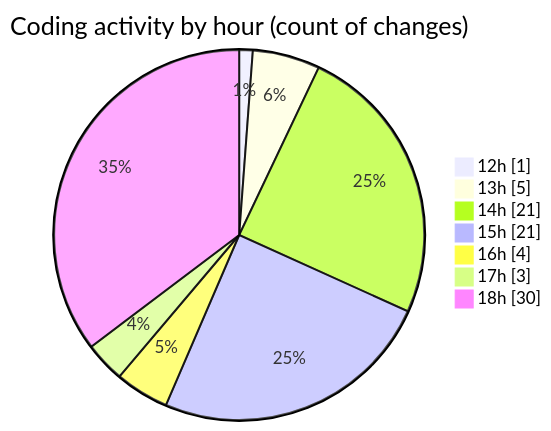
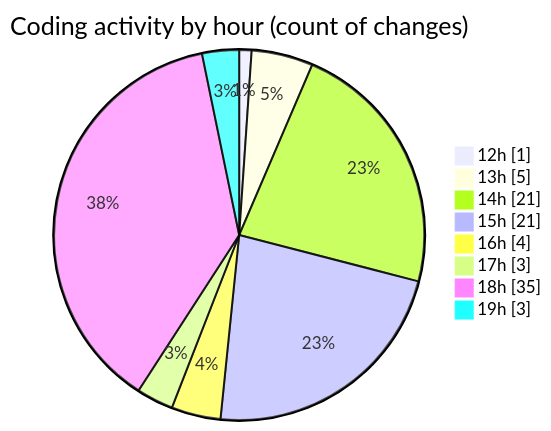
Before and after one commit to momahboobian/code-tracking: the second of 2 diagrams in 2025-03-10/cda/README.md, drawn with Mermaid. The commit also changed other lines of this file and 1 other file, not shown here.

````diff
--- a/2025-03-10/cda/README.md
+++ b/2025-03-10/cda/README.md
@@ -57,11 +57,12 @@
 ```mermaid
 pie showData
 title Coding activity by hour (count of changes)
 "12h" : 1
 "13h" : 5
 "14h" : 21
 "15h" : 21
 "16h" : 4
 "17h" : 3
-"18h" : 30
+"18h" : 35
+"19h" : 3
 ```
````
